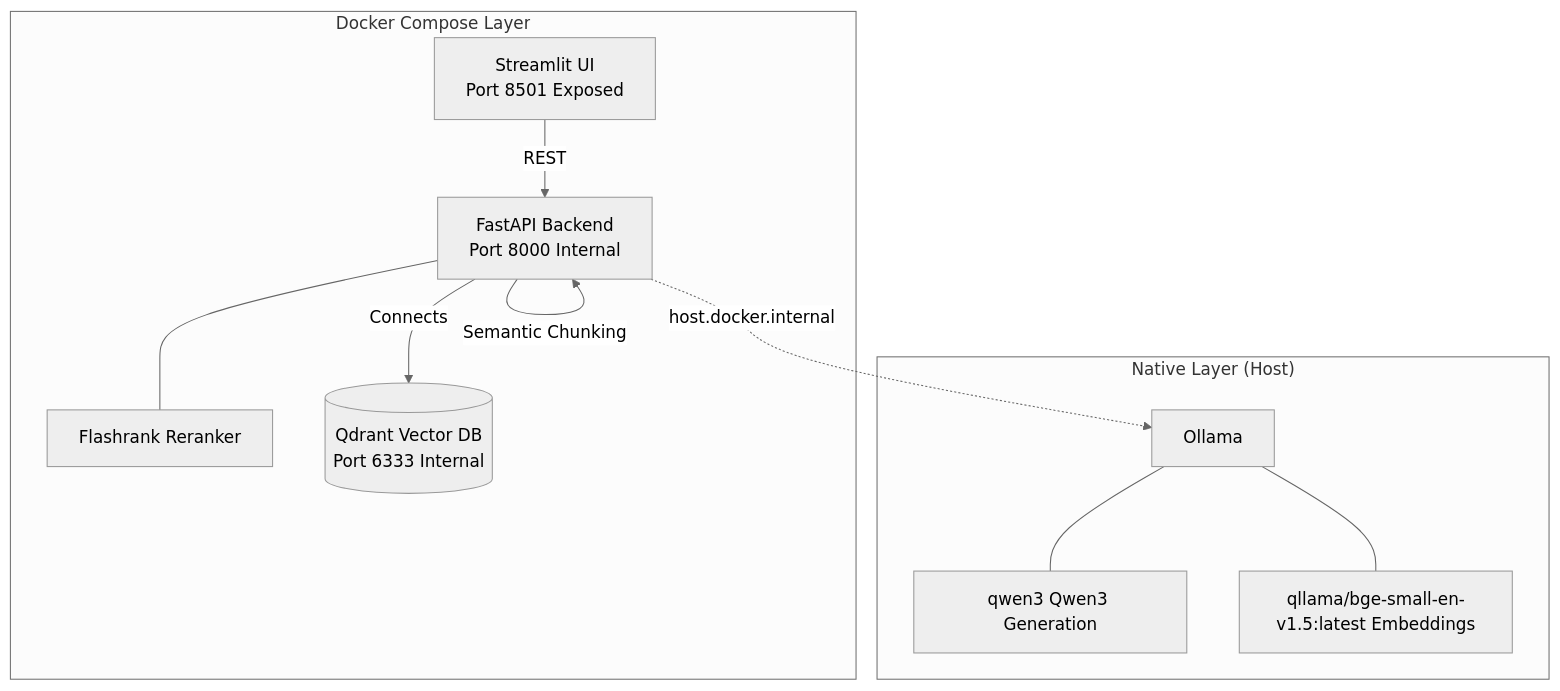
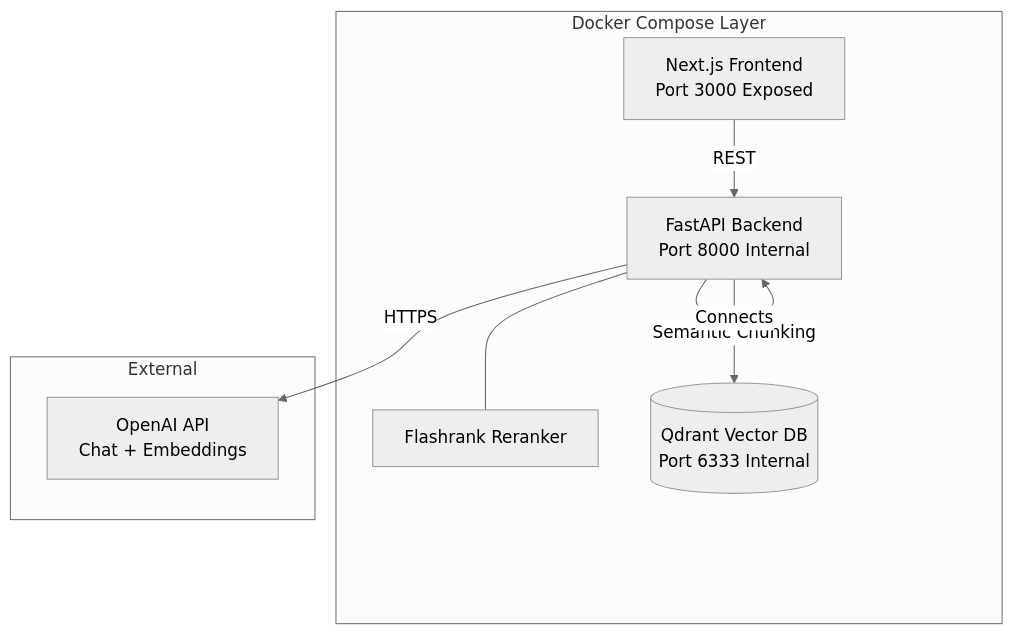
One commit to VaibhavGIT5048/-Chat-with-Your-PDF-using-RAG-Ollama-LLaMA-3- changed the diagram in README.md. Above: the diagram before and after it, drawn with Mermaid (neutral theme). The commit also changed other lines of this file and 65 other files, not shown here.

Commit message:
Add Next.js frontend and Pages deploy

````diff
--- a/README.md
+++ b/README.md
@@ -40,27 +40,24 @@
 ```mermaid
 flowchart TD
-    subgraph "Native Layer (Host)"
-        O[Ollama]
-        Q[qwen3 Qwen3 Generation]
-        N[qllama/bge-small-en-v1.5:latest Embeddings]
-        O --- Q
-        O --- N
-    end
-
     subgraph "Docker Compose Layer"
-        UI[Streamlit UI
-Port 8501 Exposed]
+       UI[Next.js Frontend
+Port 3000 Exposed]
         API[FastAPI Backend
 Port 8000 Internal]
         R[Flashrank Reranker]
         DB[(Qdrant Vector DB
 Port 6333 Internal)]
-        
+
         UI -->|REST| API
         API -->|Semantic Chunking| API
         API --- R
         API -->|Connects| DB
     end
 
-    API -.->|host.docker.internal| O
+    subgraph "External"
+        OAI[OpenAI API
+Chat + Embeddings]
+    end
+
+    API -->|HTTPS| OAI
 ```
````
